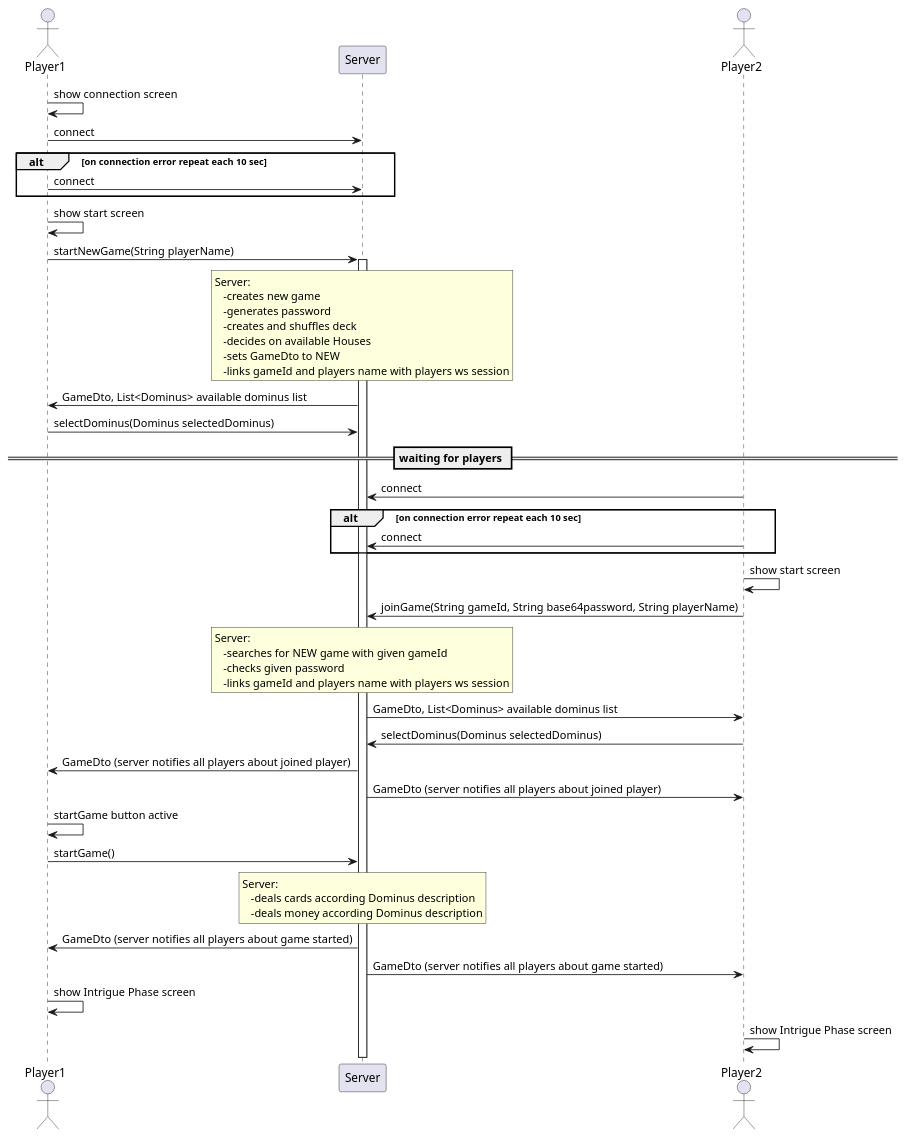
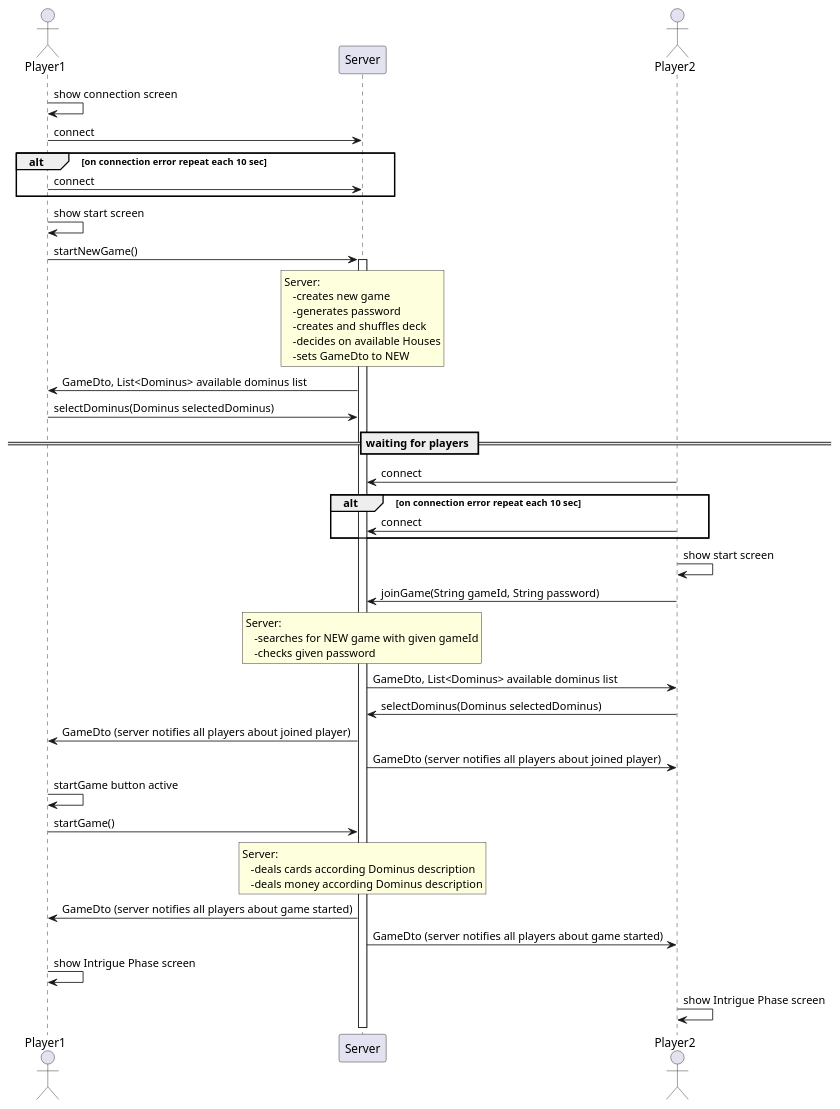
The diagram in Docs/StartGameSequenceDiagram.puml (v-bodnar/Spartaaa), drawn with PlantUML before and after one commit.

Commit message:
Updated start game sequence diagram

```diff
--- a/Docs/StartGameSequenceDiagram.puml
+++ b/Docs/StartGameSequenceDiagram.puml
@@ -1,54 +1,52 @@
 @startuml
 actor Player1
 
 Player1 -> Player1: show connection screen
 Player1->Server: connect
 alt on connection error repeat each 10 sec
     Player1->Server: connect
 end
 Player1 -> Player1: show start screen
 
-Player1->Server: startNewGame(String playerName)
+Player1->Server: startNewGame()
 Activate Server
 rnote over Server
  Server:
     -creates new game
     -generates password
     -creates and shuffles deck
     -decides on available Houses
     -sets GameDto to NEW
-    -links gameId and players name with players ws session
 endrnote
 Server->Player1: GameDto, List<Dominus> available dominus list
 Player1->Server: selectDominus(Dominus selectedDominus)
 
 == waiting for players ==
 actor Player2
 Player2->Server: connect
 alt on connection error repeat each 10 sec
     Player2->Server: connect
 end
 Player2 -> Player2: show start screen
-Player2 -> Server:joinGame(String gameId, String base64password, String playerName)
+Player2 -> Server:joinGame(String gameId, String password)
 rnote over Server
  Server:
     -searches for NEW game with given gameId
     -checks given password
-    -links gameId and players name with players ws session
 endrnote
 Server -> Player2:GameDto, List<Dominus> available dominus list
 Player2->Server: selectDominus(Dominus selectedDominus)
 Server->Player1: GameDto (server notifies all players about joined player)
 Server->Player2: GameDto (server notifies all players about joined player)
 Player1->Player1: startGame button active
 Player1->Server: startGame()
 rnote over Server
  Server:
     -deals cards according Dominus description
     -deals money according Dominus description
 endrnote
 Server->Player1: GameDto (server notifies all players about game started)
 Server->Player2: GameDto (server notifies all players about game started)
 Player1->Player1: show Intrigue Phase screen
 Player2->Player2: show Intrigue Phase screen
 @enduml
```
